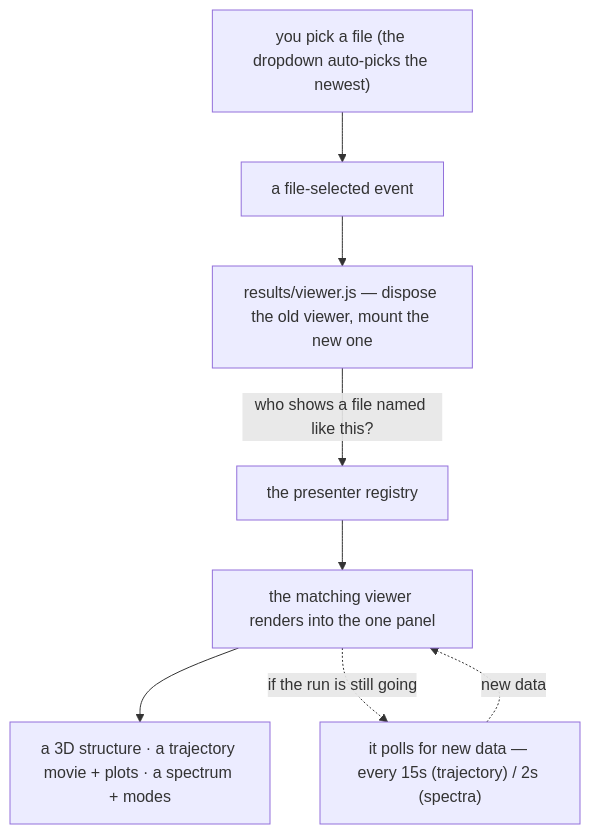
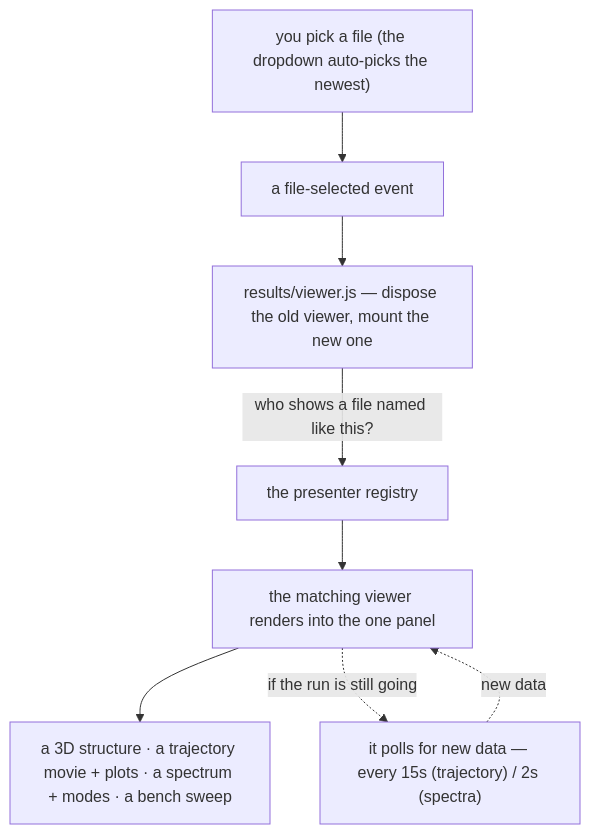
Before and after one commit to Qing-LAB/molbuilder: the first of 3 diagrams in docs/web/results.md, drawn with Mermaid. The commit also changed other lines of this file and 36 other files, not shown here.

````diff
--- a/docs/web/results.md
+++ b/docs/web/results.md
@@ -28,10 +28,10 @@
 ```mermaid
 flowchart TD
   U["you pick a file (the dropdown auto-picks the newest)"] --> EV["a file-selected event"]
   EV --> CTRL["results/viewer.js — dispose the old viewer, mount the new one"]
   CTRL -->|"who shows a file named like this?"| REG["the presenter registry"]
   REG --> ENG["the matching viewer renders into the one panel"]
-  ENG --> S["a 3D structure · a trajectory movie + plots · a spectrum + modes"]
+  ENG --> S["a 3D structure · a trajectory movie + plots · a spectrum + modes · a bench sweep"]
   ENG -. "if the run is still going" .-> POLL["it polls for new data — every 15s (trajectory) / 2s (spectra)"]
   POLL -. "new data" .-> ENG
 ```
````
